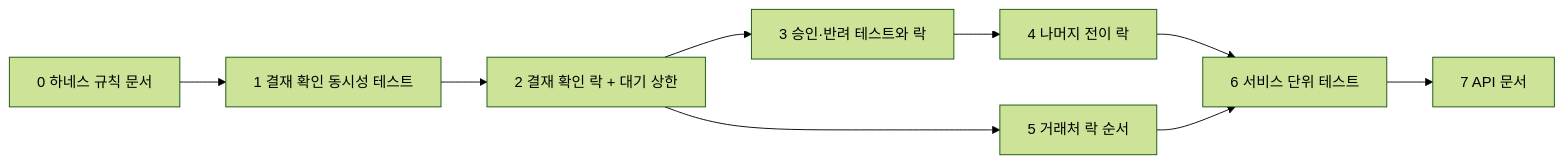
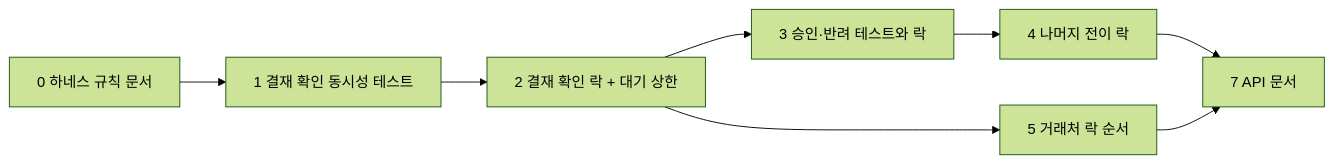
The second of 2 diagrams in docs/issues/225-purchase-request-concurrency/plan.md (Geumjeongyahak/Backend), drawn with Mermaid (forest theme) before and after one commit. The commit also changed other lines of this file and 3 other files, not shown here.

````diff
--- a/docs/issues/225-purchase-request-concurrency/plan.md
+++ b/docs/issues/225-purchase-request-concurrency/plan.md
@@ -83,11 +83,10 @@
 ```mermaid
 flowchart LR
     T0[0 하네스 규칙 문서] --> T1
     T1[1 결재 확인 동시성 테스트] --> T2[2 결재 확인 락 + 대기 상한]
     T2 --> T3[3 승인·반려 테스트와 락]
     T2 --> T5[5 거래처 락 순서]
     T3 --> T4[4 나머지 전이 락]
-    T4 --> T6[6 서비스 단위 테스트]
-    T5 --> T6
-    T6 --> T7[7 API 문서]
+    T4 --> T7[7 API 문서]
+    T5 --> T7
 ```
````
